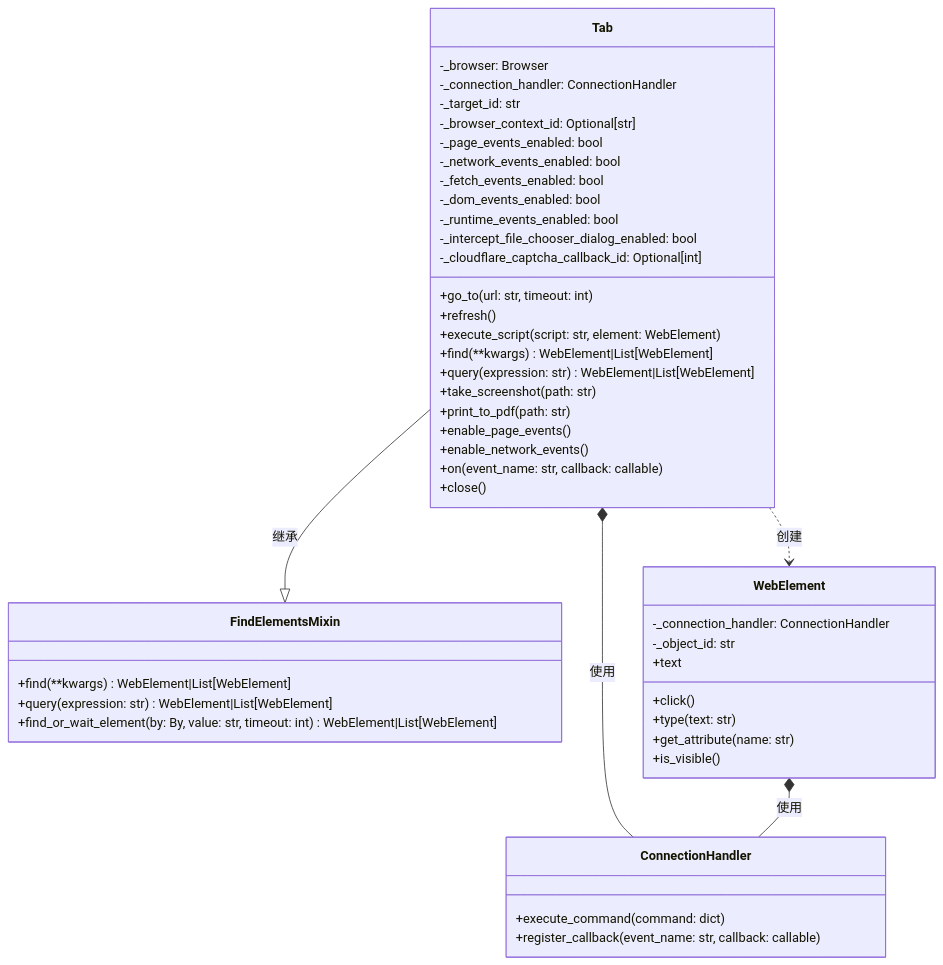
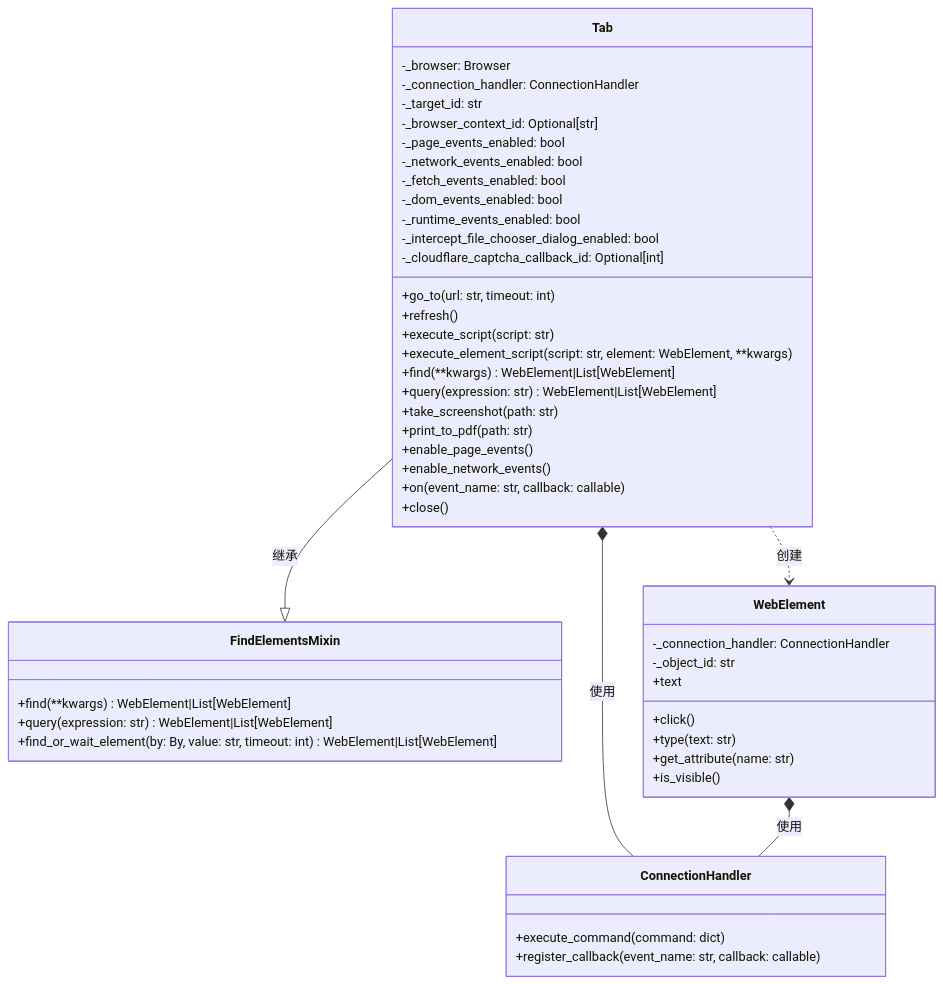
The second of 4 diagrams in public/docs/zh/deep-dive/tab-domain.md (yie1d/pydoll), drawn with Mermaid before and after one commit. The commit also changed other lines of this file and 3 other files, not shown here.

Commit message:
refactor(tab): separate execute_script concerns and enhance with comprehensive options

````diff
--- a/public/docs/zh/deep-dive/tab-domain.md
+++ b/public/docs/zh/deep-dive/tab-domain.md
@@ -25,53 +25,54 @@
 ```mermaid
 classDiagram
     class Tab {
         -_browser: Browser
         -_connection_handler: ConnectionHandler
         -_target_id: str
         -_browser_context_id: Optional[str]
         -_page_events_enabled: bool
         -_network_events_enabled: bool
         -_fetch_events_enabled: bool
         -_dom_events_enabled: bool
         -_runtime_events_enabled: bool
         -_intercept_file_chooser_dialog_enabled: bool
         -_cloudflare_captcha_callback_id: Optional[int]
         +go_to(url: str, timeout: int)
         +refresh()
-        +execute_script(script: str, element: WebElement)
+        +execute_script(script: str)
+        +execute_element_script(script: str, element: WebElement, **kwargs)
         +find(**kwargs) WebElement|List[WebElement]
         +query(expression: str) WebElement|List[WebElement]
         +take_screenshot(path: str)
         +print_to_pdf(path: str)
         +enable_page_events()
         +enable_network_events()
         +on(event_name: str, callback: callable)
         +close()
     }
     
     class FindElementsMixin {
         +find(**kwargs) WebElement|List[WebElement]
         +query(expression: str) WebElement|List[WebElement]
         +find_or_wait_element(by: By, value: str, timeout: int) WebElement|List[WebElement]
     }
     
     class ConnectionHandler {
         +execute_command(command: dict)
         +register_callback(event_name: str, callback: callable)
     }
     
     class WebElement {
         -_connection_handler: ConnectionHandler
         -_object_id: str
         +click()
         +type(text: str)
         +get_attribute(name: str)
         +text
         +is_visible()
     }
     
     Tab --|> FindElementsMixin : 继承
     Tab *-- ConnectionHandler : 使用
     Tab ..> WebElement : 创建
     WebElement *-- ConnectionHandler : 使用
 ```
````
